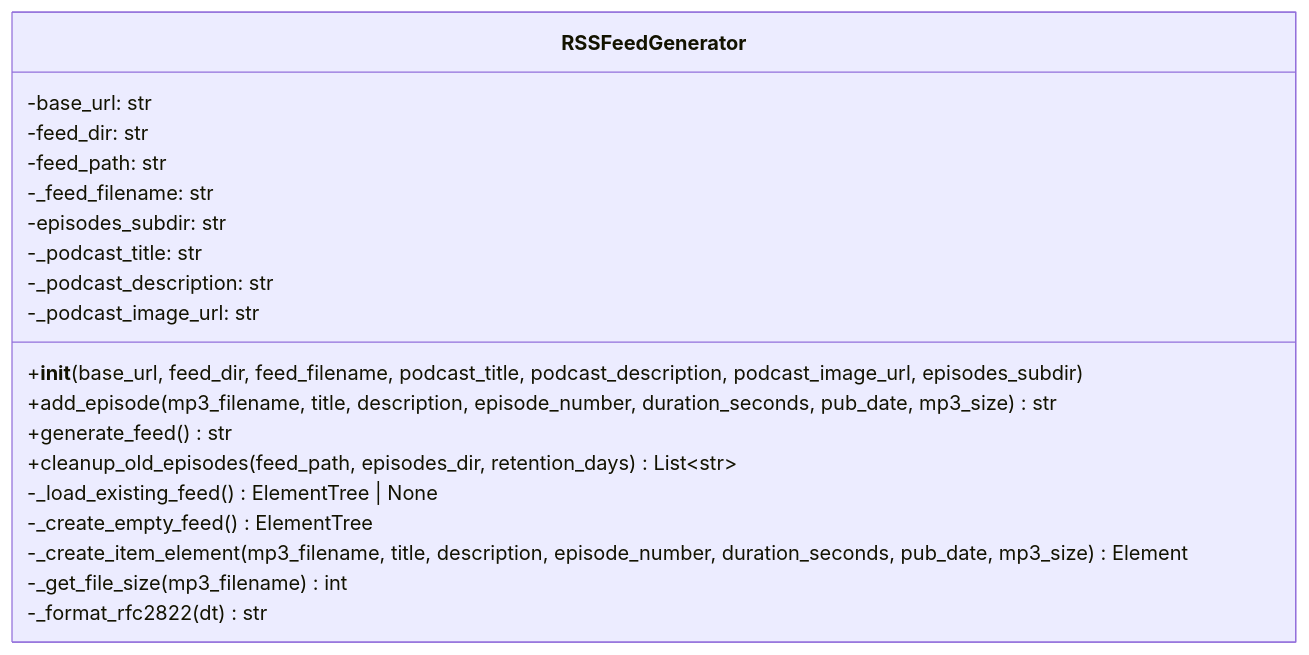
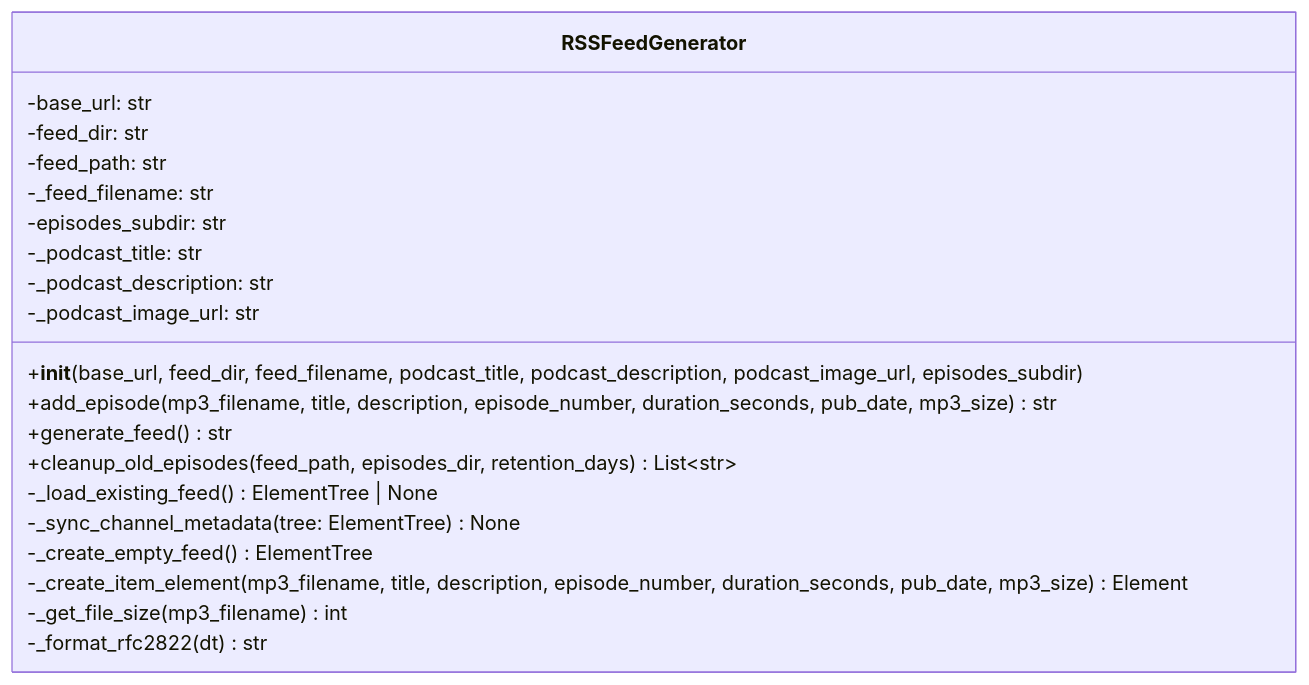
Before and after one commit to necoha/auto-podcast: the fourth of 7 diagrams in docs/LLD.md, drawn with Mermaid. The commit also changed other lines of this file and 2 other files, not shown here.

First line of the commit message:
docs: validate_feeds.py CI検証・_sync_channel_metadata をドキュメント反映

````diff
--- a/docs/LLD.md
+++ b/docs/LLD.md
@@ -287,22 +287,23 @@
 ```mermaid
 classDiagram
     class RSSFeedGenerator {
         -base_url: str
         -feed_dir: str
         -feed_path: str
         -_feed_filename: str
         -episodes_subdir: str
         -_podcast_title: str
         -_podcast_description: str
         -_podcast_image_url: str
         +__init__(base_url, feed_dir, feed_filename, podcast_title, podcast_description, podcast_image_url, episodes_subdir)
         +add_episode(mp3_filename, title, description, episode_number, duration_seconds, pub_date, mp3_size) str
         +generate_feed() str
         +cleanup_old_episodes(feed_path, episodes_dir, retention_days) List~str~
         -_load_existing_feed() ElementTree | None
+        -_sync_channel_metadata(tree: ElementTree) None
         -_create_empty_feed() ElementTree
         -_create_item_element(mp3_filename, title, description, episode_number, duration_seconds, pub_date, mp3_size) Element
         -_get_file_size(mp3_filename) int
         -_format_rfc2822(dt) str
     }
 ```
````
